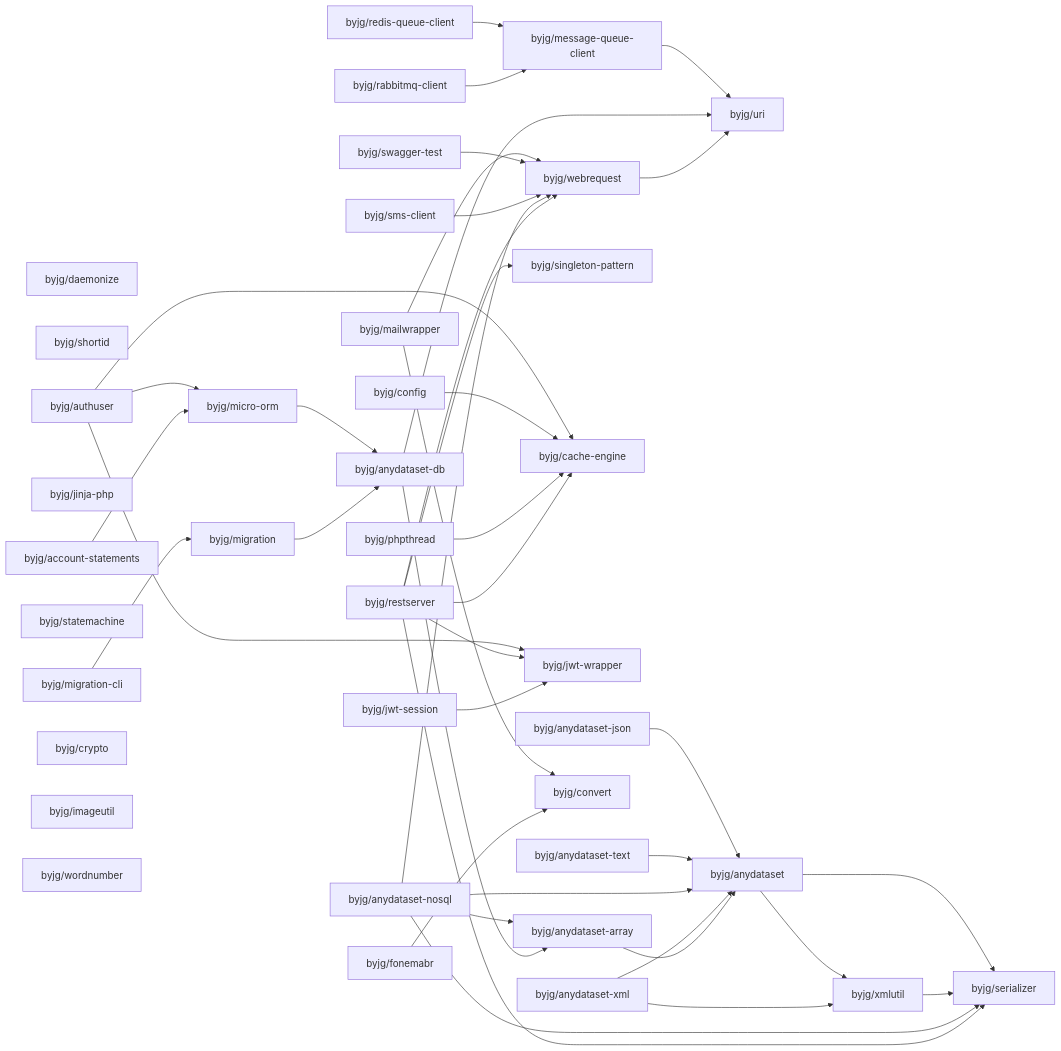
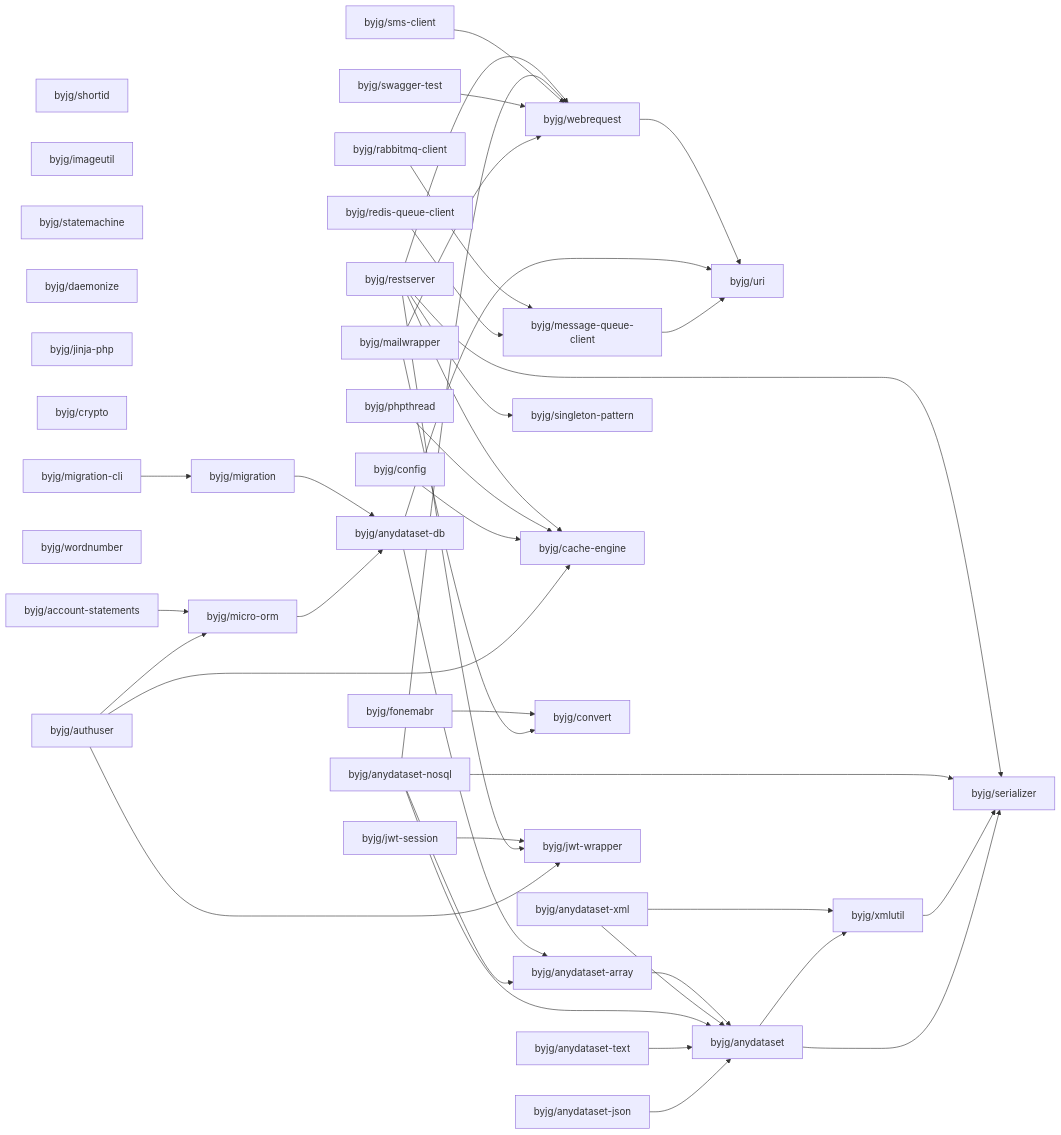
One commit to byjg/byjg.github.io changed the diagram in docs/php/README.md. Above: the diagram before and after it, drawn with Mermaid. The commit also changed other lines of this file, not shown here.

Commit message:
Update documentation 'php' 'php-singleton-pattern'

````diff
--- a/docs/php/README.md
+++ b/docs/php/README.md
@@ -3,79 +3,79 @@
 ```mermaid
 graph LR;
+  byjg/rabbitmq-client;
+  byjg/shortid;
+  byjg/phpthread;
+  byjg/anydataset-json;
+  byjg/redis-queue-client;
+  byjg/fonemabr;
+  byjg/imageutil;
+  byjg/anydataset-text;
+  byjg/statemachine;
+  byjg/daemonize;
+  byjg/jinja-php;
+  byjg/crypto;
+  byjg/migration-cli;
+  byjg/anydataset-xml;
   byjg/config;
-  byjg/daemonize;
-  byjg/shortid;
-  byjg/anydataset-json;
+  byjg/swagger-test;
+  byjg/sms-client;
+  byjg/anydataset-nosql;
+  byjg/wordnumber;
+  byjg/restserver;
+  byjg/authuser;
+  byjg/mailwrapper;
   byjg/jwt-session;
-  byjg/anydataset-text;
-  byjg/authuser;
-  byjg/jinja-php;
   byjg/account-statements;
-  byjg/fonemabr;
-  byjg/statemachine;
-  byjg/migration-cli;
-  byjg/phpthread;
-  byjg/redis-queue-client;
-  byjg/restserver;
-  byjg/crypto;
-  byjg/rabbitmq-client;
-  byjg/anydataset-nosql;
-  byjg/swagger-test;
-  byjg/mailwrapper;
-  byjg/imageutil;
-  byjg/anydataset-xml;
-  byjg/sms-client;
-  byjg/wordnumber;
-  byjg/micro-orm;
+  byjg/message-queue-client;
   byjg/migration;
   byjg/singleton-pattern;
   byjg/cache-engine;
-  byjg/jwt-wrapper;
-  byjg/message-queue-client;
   byjg/convert;
   byjg/webrequest;
+  byjg/jwt-wrapper;
+  byjg/micro-orm;
   byjg/anydataset-db;
   byjg/anydataset-array;
   byjg/uri;
   byjg/anydataset;
   byjg/xmlutil;
   byjg/serializer;
   byjg/account-statements --> byjg/micro-orm;
   byjg/fonemabr --> byjg/convert;
   byjg/webrequest --> byjg/uri;
   byjg/anydataset-array --> byjg/anydataset;
   byjg/anydataset-xml --> byjg/anydataset;
   byjg/anydataset-xml --> byjg/xmlutil;
   byjg/rabbitmq-client --> byjg/message-queue-client;
   byjg/redis-queue-client --> byjg/message-queue-client;
   byjg/jwt-session --> byjg/jwt-wrapper;
   byjg/anydataset-db --> byjg/anydataset-array;
   byjg/anydataset-db --> byjg/uri;
   byjg/restserver --> byjg/serializer;
   byjg/restserver --> byjg/singleton-pattern;
   byjg/restserver --> byjg/cache-engine;
   byjg/restserver --> byjg/webrequest;
   byjg/restserver --> byjg/jwt-wrapper;
   byjg/migration --> byjg/anydataset-db;
   byjg/anydataset-nosql --> byjg/anydataset;
   byjg/anydataset-nosql --> byjg/anydataset-array;
   byjg/anydataset-nosql --> byjg/serializer;
   byjg/anydataset-nosql --> byjg/webrequest;
   byjg/phpthread --> byjg/cache-engine;
   byjg/sms-client --> byjg/webrequest;
   byjg/swagger-test --> byjg/webrequest;
   byjg/migration-cli --> byjg/migration;
   byjg/config --> byjg/cache-engine;
   byjg/anydataset-text --> byjg/anydataset;
   byjg/micro-orm --> byjg/anydataset-db;
   byjg/authuser --> byjg/micro-orm;
   byjg/authuser --> byjg/cache-engine;
   byjg/authuser --> byjg/jwt-wrapper;
   byjg/anydataset-json --> byjg/anydataset;
   byjg/mailwrapper --> byjg/convert;
   byjg/mailwrapper --> byjg/webrequest;
   byjg/xmlutil --> byjg/serializer;
   byjg/anydataset --> byjg/serializer;
   byjg/anydataset --> byjg/xmlutil;
   byjg/message-queue-client --> byjg/uri;
 ```
````
